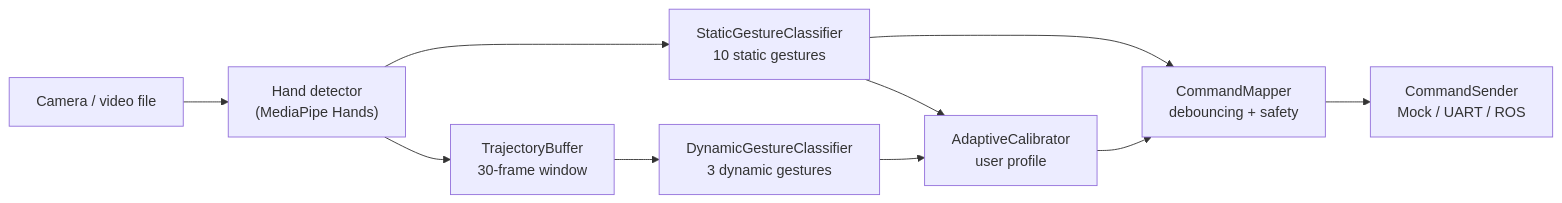
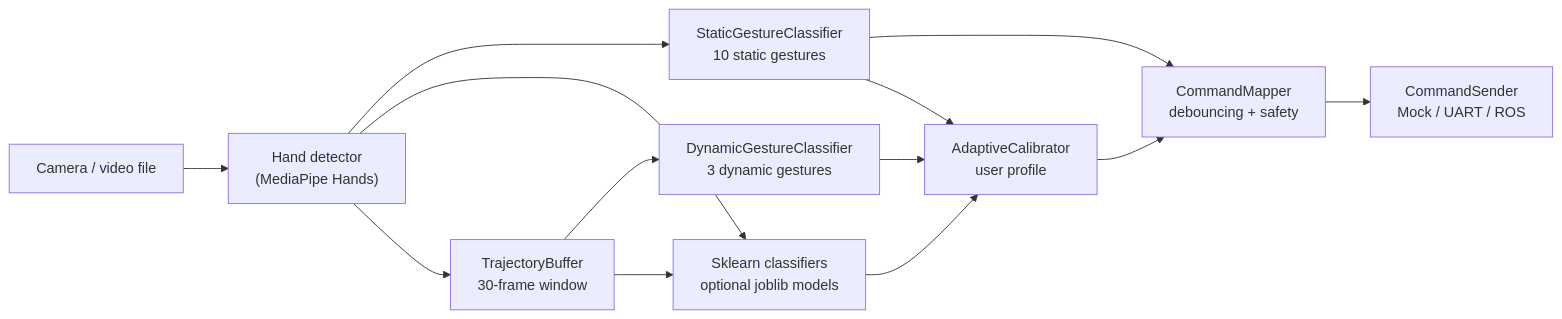
The diagram in docs/architecture.md (eliz-yarko/gesture-control-robot), drawn with Mermaid before and after one commit. The commit also changed other lines of this file and 18 other files, not shown here.

````diff
--- a/docs/architecture.md
+++ b/docs/architecture.md
@@ -31,21 +32,25 @@
 ```mermaid
 flowchart LR
     Camera["Camera / video file"]
     Detector["Hand detector\n(MediaPipe Hands)"]
     Static["StaticGestureClassifier\n10 static gestures"]
     Buffer["TrajectoryBuffer\n30-frame window"]
     Dynamic["DynamicGestureClassifier\n3 dynamic gestures"]
+    Model["Sklearn classifiers\noptional joblib models"]
     Calibration["AdaptiveCalibrator\nuser profile"]
     Mapper["CommandMapper\ndebouncing + safety"]
     Sender["CommandSender\nMock / UART / ROS"]
 
     Camera --> Detector
     Detector --> Static
+    Detector --> Model
     Detector --> Buffer
     Buffer --> Dynamic
+    Buffer --> Model
     Static --> Mapper
     Dynamic --> Calibration
+    Model --> Calibration
     Static --> Calibration
     Calibration --> Mapper
     Mapper --> Sender
 ```
````
